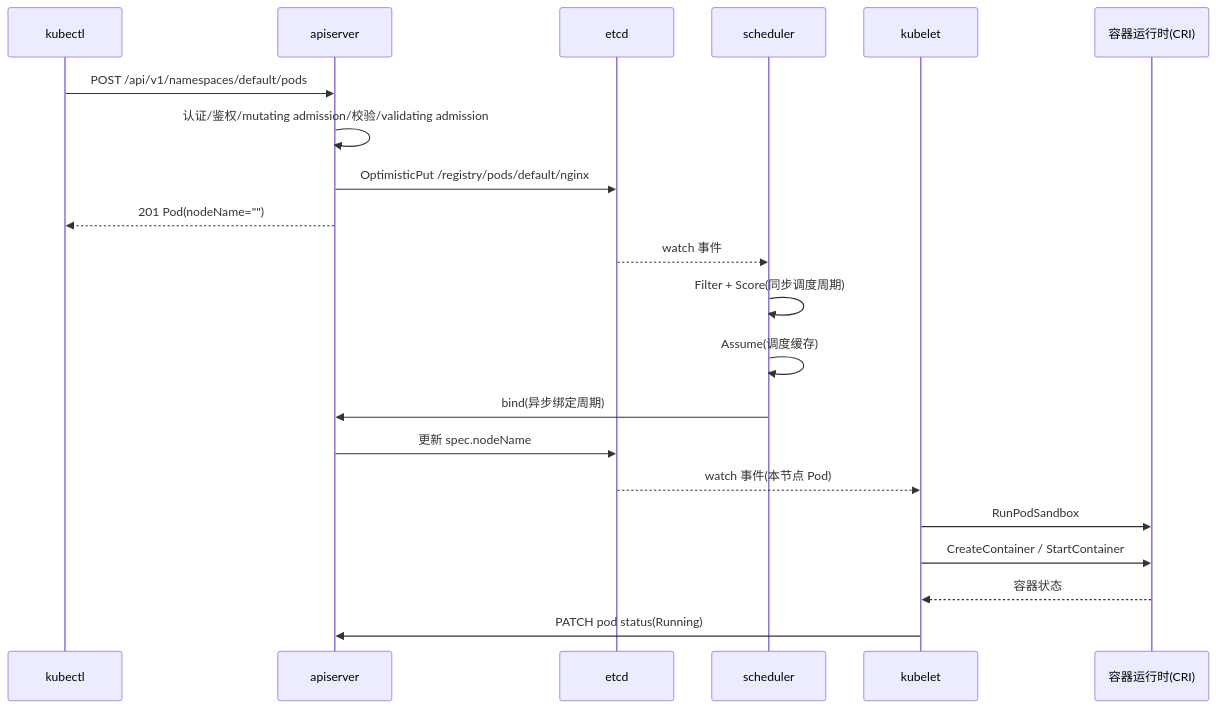
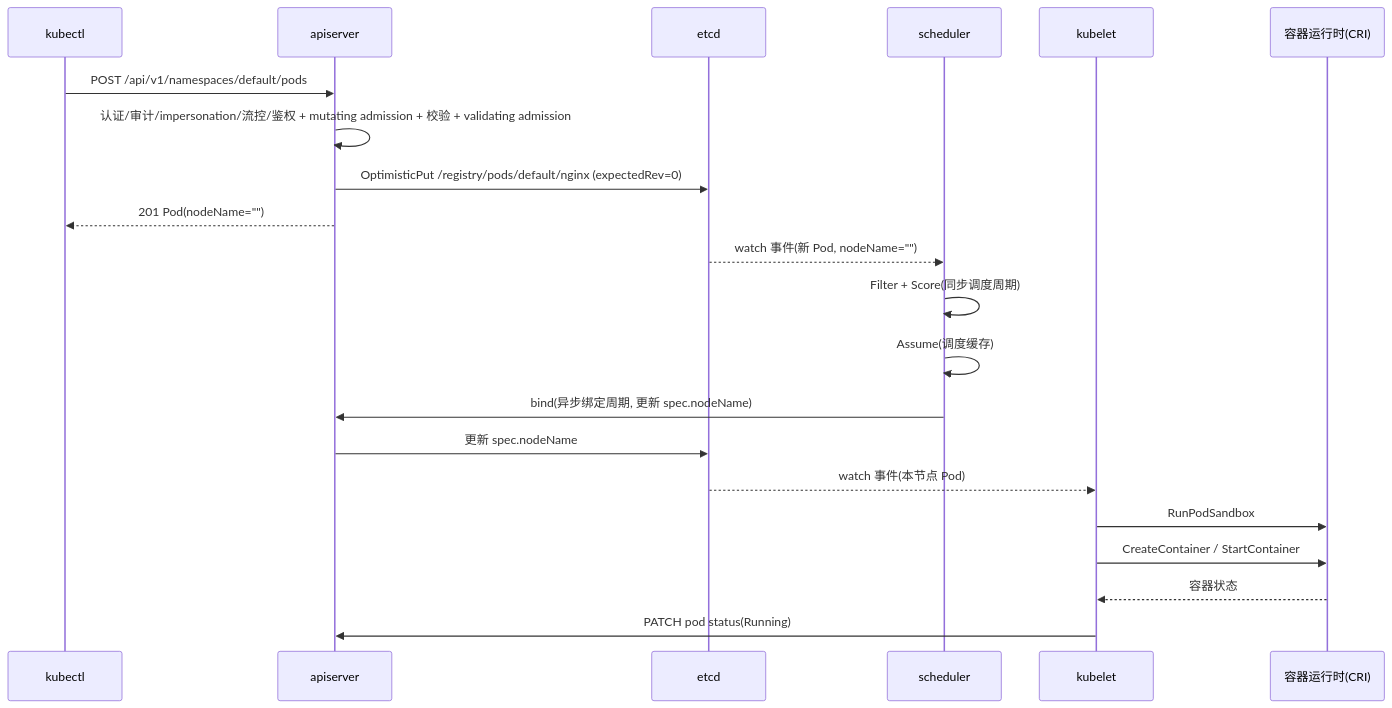
One commit to adrian9778/kubernetes changed the diagram in docs/sourceReader/03-主链路逐步拆解.md. Above: the diagram before and after it, drawn with Mermaid. The commit also changed other lines of this file and 22 other files, not shown here.

````diff
--- a/docs/sourceReader/03-主链路逐步拆解.md
+++ b/docs/sourceReader/03-主链路逐步拆解.md
@@ -7,23 +13,23 @@
 ```mermaid
 sequenceDiagram
     participant U as kubectl
     participant A as apiserver
     participant E as etcd
     participant S as scheduler
     participant K as kubelet
     participant R as 容器运行时(CRI)
     U->>A: POST /api/v1/namespaces/default/pods
-    A->>A: 认证/鉴权/mutating admission/校验/validating admission
-    A->>E: OptimisticPut /registry/pods/default/nginx
+    A->>A: 认证/审计/impersonation/流控/鉴权 + mutating admission + 校验 + validating admission
+    A->>E: OptimisticPut /registry/pods/default/nginx (expectedRev=0)
     A-->>U: 201 Pod(nodeName="")
-    E-->>S: watch 事件
+    E-->>S: watch 事件(新 Pod, nodeName="")
     S->>S: Filter + Score(同步调度周期)
     S->>S: Assume(调度缓存)
-    S->>A: bind(异步绑定周期)
+    S->>A: bind(异步绑定周期, 更新 spec.nodeName)
     A->>E: 更新 spec.nodeName
     E-->>K: watch 事件(本节点 Pod)
     K->>R: RunPodSandbox
     K->>R: CreateContainer / StartContainer
     R-->>K: 容器状态
     K->>A: PATCH pod status(Running)
 ```
````
